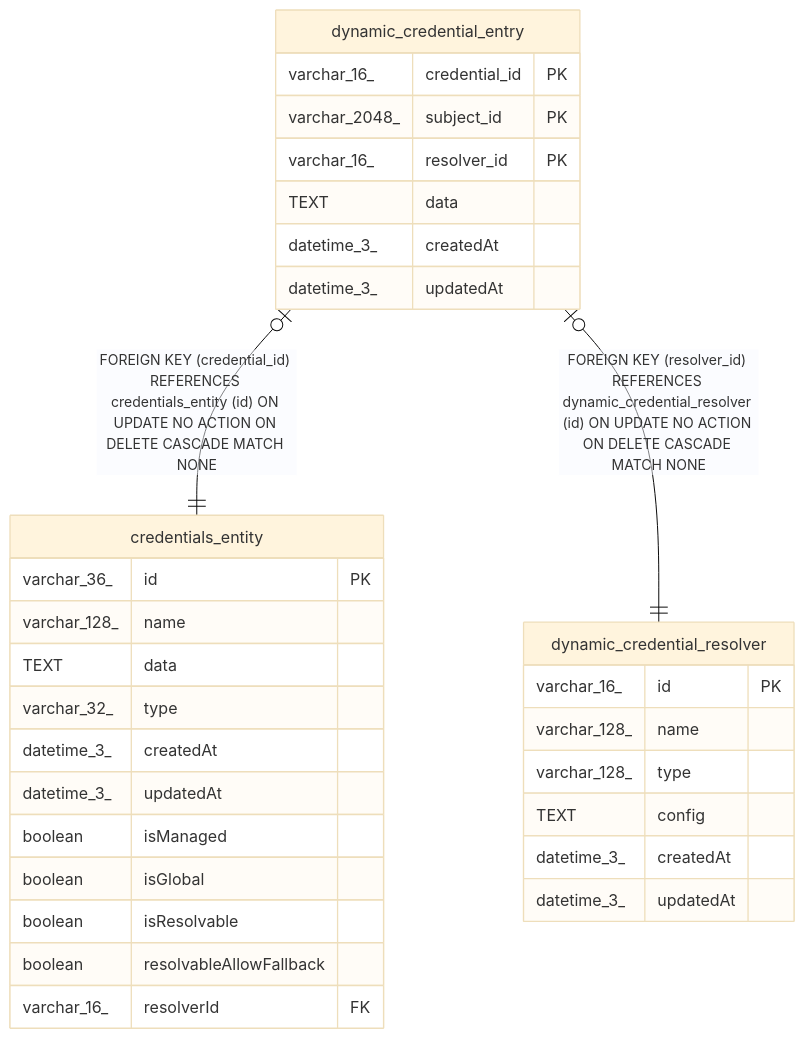
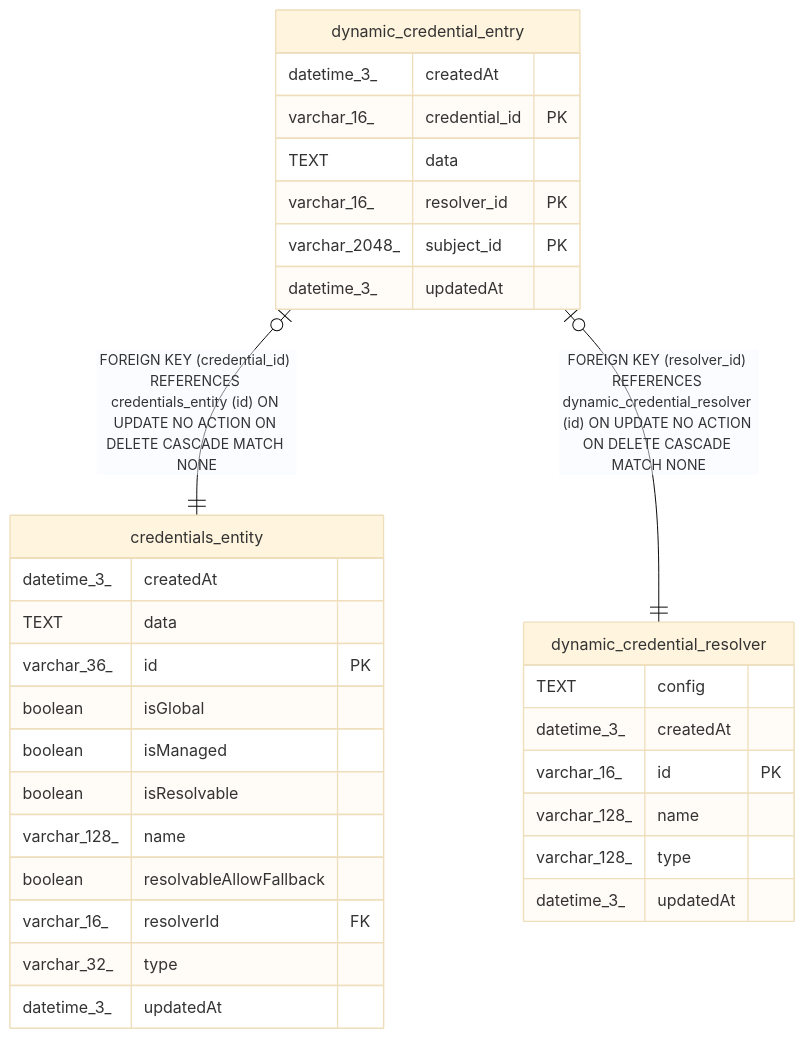
One commit to mayankjain1815-commits/n8n changed the diagram in docs/generated/sqlite-schema/dynamic_credential_entry.md. Above: the diagram before and after it, drawn with Mermaid (base theme). The commit also changed other lines of this file and 221 other files, not shown here.

Commit message:
chore(core): Make DB schema docs generation deterministic (#32373)

````diff
--- a/docs/generated/sqlite-schema/dynamic_credential_entry.md
+++ b/docs/generated/sqlite-schema/dynamic_credential_entry.md
@@ -46,36 +46,36 @@
 ```mermaid
 erDiagram
 
 "dynamic_credential_entry" |o--|| "credentials_entity" : "FOREIGN KEY (credential_id) REFERENCES credentials_entity (id) ON UPDATE NO ACTION ON DELETE CASCADE MATCH NONE"
 "dynamic_credential_entry" |o--|| "dynamic_credential_resolver" : "FOREIGN KEY (resolver_id) REFERENCES dynamic_credential_resolver (id) ON UPDATE NO ACTION ON DELETE CASCADE MATCH NONE"
 
 "dynamic_credential_entry" {
+  datetime_3_ createdAt
   varchar_16_ credential_id PK
+  TEXT data
+  varchar_16_ resolver_id PK
   varchar_2048_ subject_id PK
-  varchar_16_ resolver_id PK
-  TEXT data
-  datetime_3_ createdAt
   datetime_3_ updatedAt
 }
 "credentials_entity" {
+  datetime_3_ createdAt
+  TEXT data
   varchar_36_ id PK
+  boolean isGlobal
+  boolean isManaged
+  boolean isResolvable
   varchar_128_ name
-  TEXT data
-  varchar_32_ type
-  datetime_3_ createdAt
-  datetime_3_ updatedAt
-  boolean isManaged
-  boolean isGlobal
-  boolean isResolvable
   boolean resolvableAllowFallback
   varchar_16_ resolverId FK
+  varchar_32_ type
+  datetime_3_ updatedAt
 }
 "dynamic_credential_resolver" {
+  TEXT config
+  datetime_3_ createdAt
   varchar_16_ id PK
   varchar_128_ name
   varchar_128_ type
-  TEXT config
-  datetime_3_ createdAt
   datetime_3_ updatedAt
 }
 ```
````
